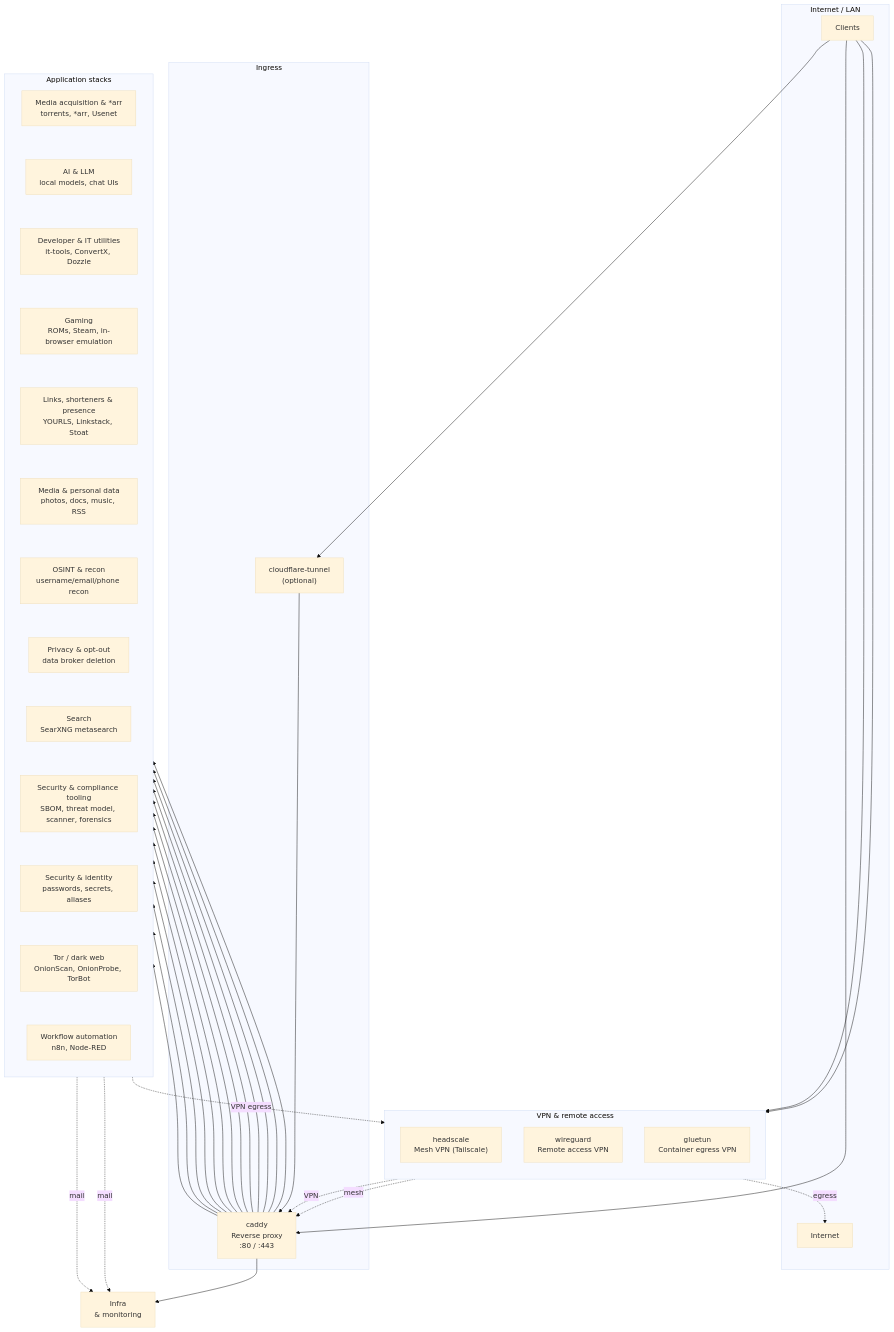
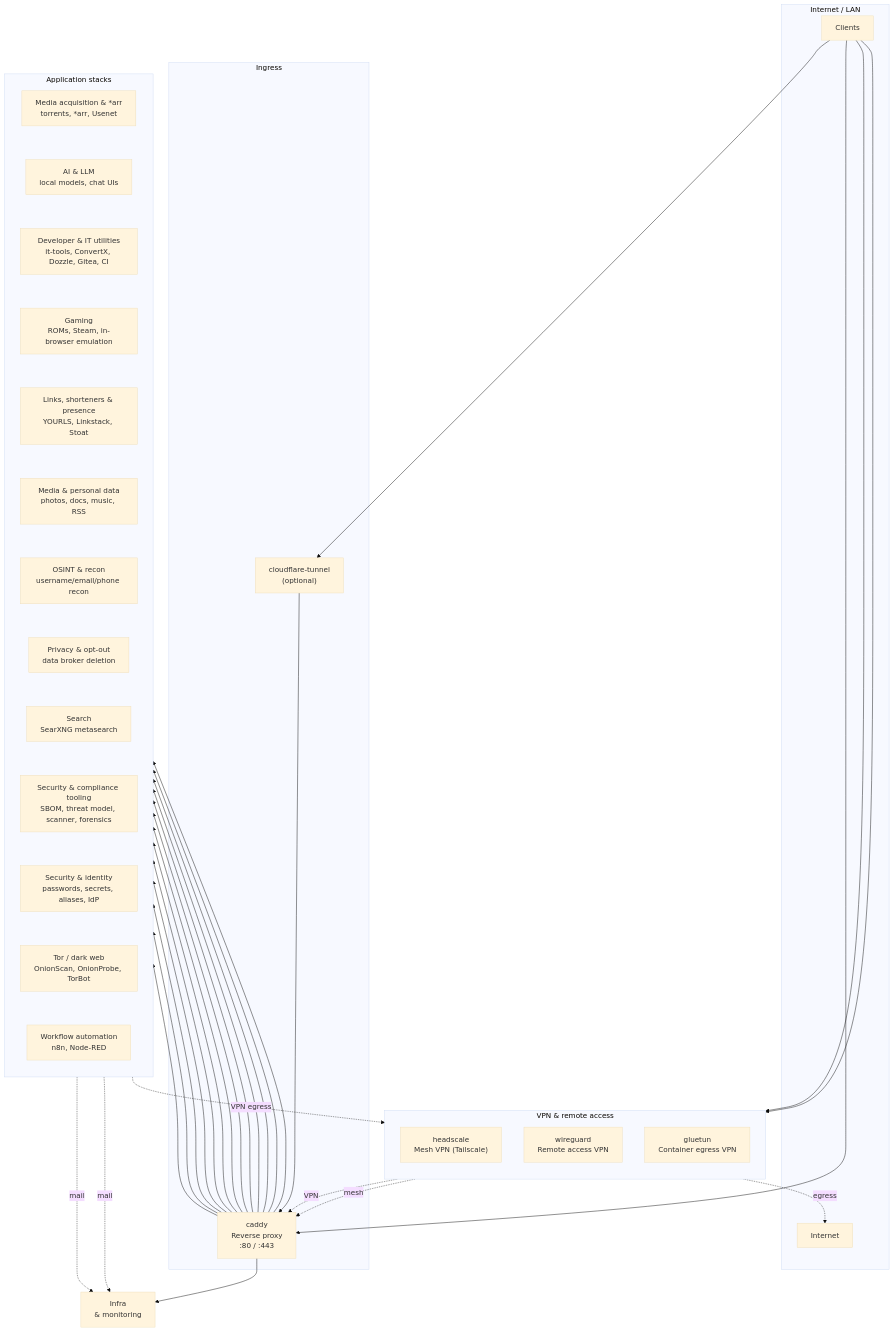
One commit to bolens/homelab changed the first of 2 diagrams in README.md. Above: the diagram before and after it, drawn with Mermaid (base theme). The commit also changed other lines of this file and 59 other files, not shown here.

```diff
--- a/README.md
+++ b/README.md
@@ -51,7 +51,7 @@
         apps_ai["`AI & LLM
 local models, chat UIs`"]
         apps_dev["`Developer & IT utilities
-it-tools, ConvertX, Dozzle`"]
+it-tools, ConvertX, Dozzle, Gitea, CI`"]
         apps_gaming["`Gaming
 ROMs, Steam, in-browser emulation`"]
         apps_links["`Links, shorteners & presence
@@ -67,7 +67,7 @@
         apps_sec_tooling["`Security & compliance tooling
 SBOM, threat model, scanner, forensics`"]
         apps_security["`Security & identity
-passwords, secrets, aliases`"]
+passwords, secrets, aliases, IdP`"]
         apps_tor["`Tor / dark web
 OnionScan, OnionProbe, TorBot`"]
         apps_workflow["`Workflow automation
```
